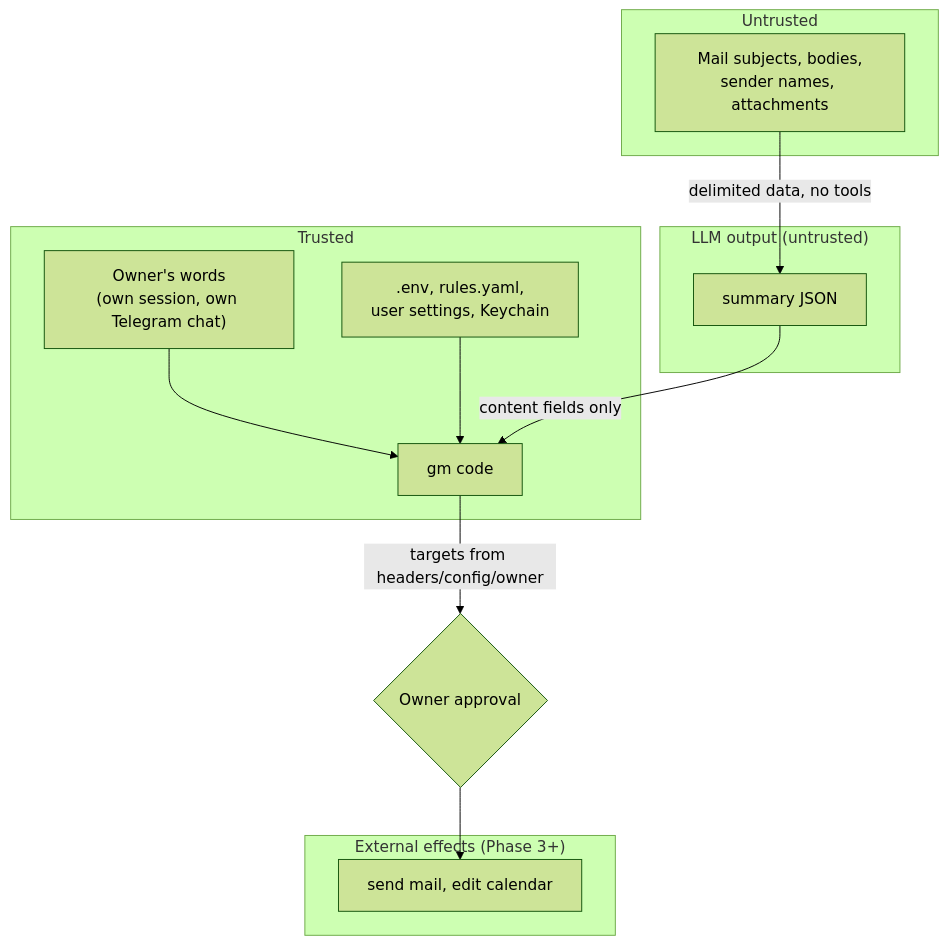
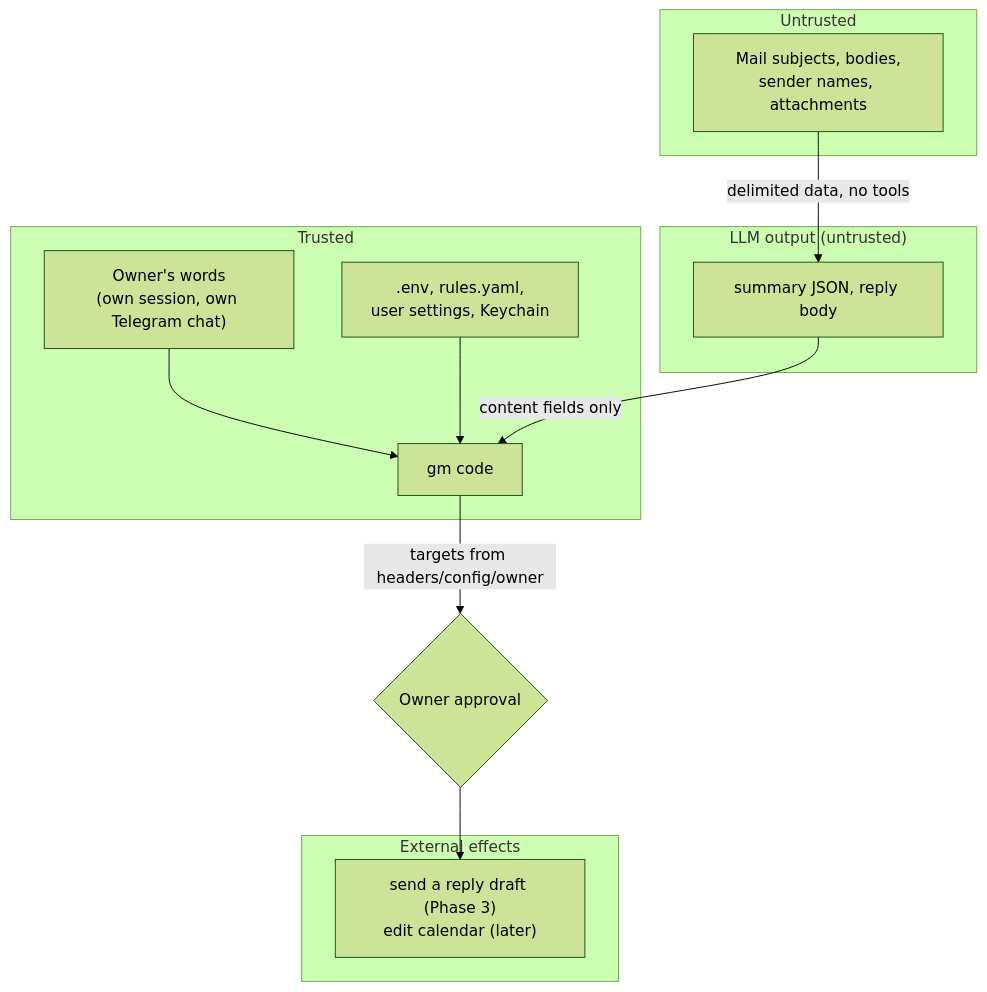
Diagram 11 of 12 in docs/architecture.md (huydt84/google-management), drawn with Mermaid (forest theme) before and after one commit. The commit also changed other lines of this file and 67 other files, not shown here.

First line of the commit message:
feat(phase3): add Telegram commands, owner tasks, and translate/analyze/reply recipes

````diff
--- a/docs/architecture.md
+++ b/docs/architecture.md
@@ -429,23 +500,23 @@
 ```mermaid
 flowchart TB
     subgraph trusted["Trusted"]
         ownerw["Owner's words<br/>(own session, own Telegram chat)"]
         cfg[".env, rules.yaml,<br/>user settings, Keychain"]
         code["gm code"]
     end
     subgraph untrusted["Untrusted"]
         mail["Mail subjects, bodies,<br/>sender names, attachments"]
     end
     subgraph llmz["LLM output (untrusted)"]
-        llmout["summary JSON"]
+        llmout["summary JSON, reply body"]
     end
-    subgraph effects["External effects (Phase 3+)"]
-        send["send mail, edit calendar"]
+    subgraph effects["External effects"]
+        send["send a reply draft (Phase 3)<br/>edit calendar (later)"]
     end
     mail -- "delimited data, no tools" --> llmout
     ownerw --> code
     cfg --> code
     llmout -- "content fields only" --> code
     code -- "targets from headers/config/owner" --> appr{"Owner approval"}
     appr --> send
 ```
````
